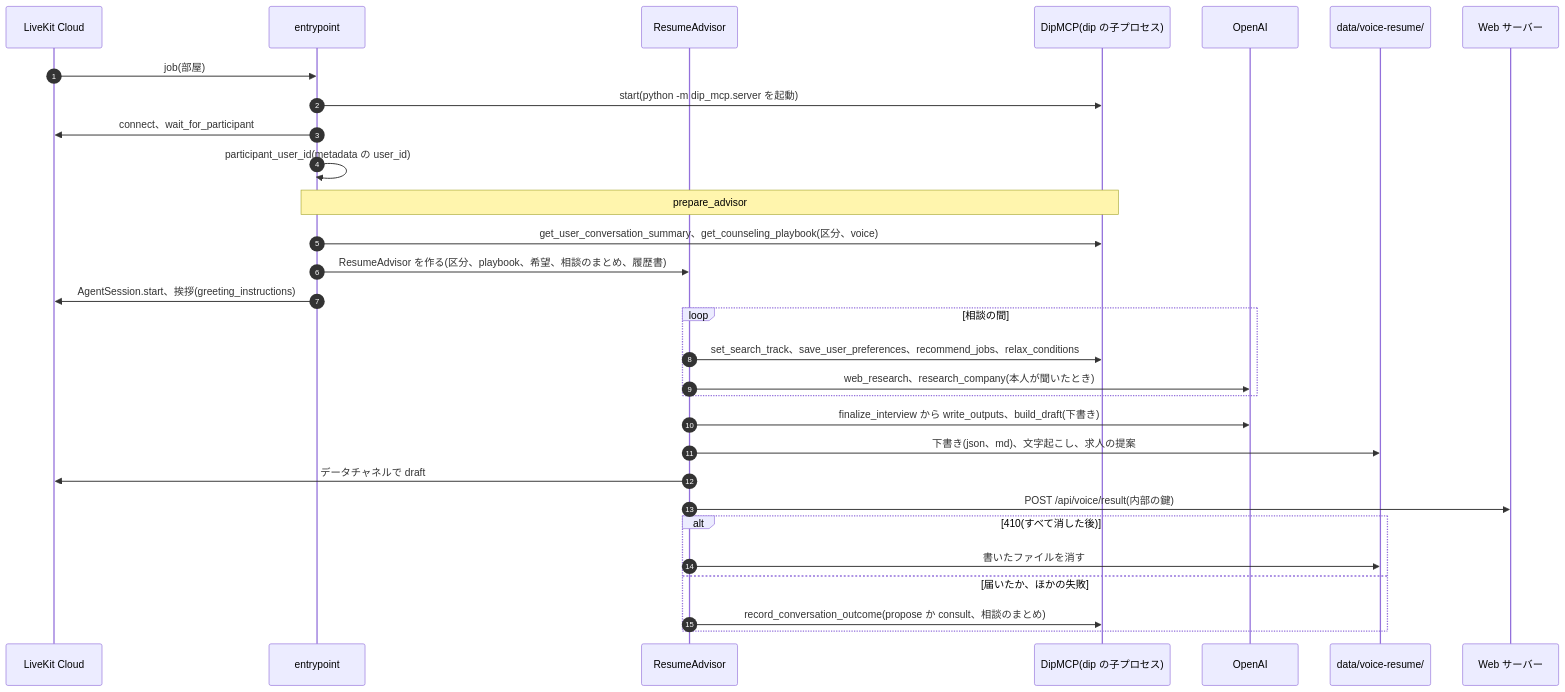
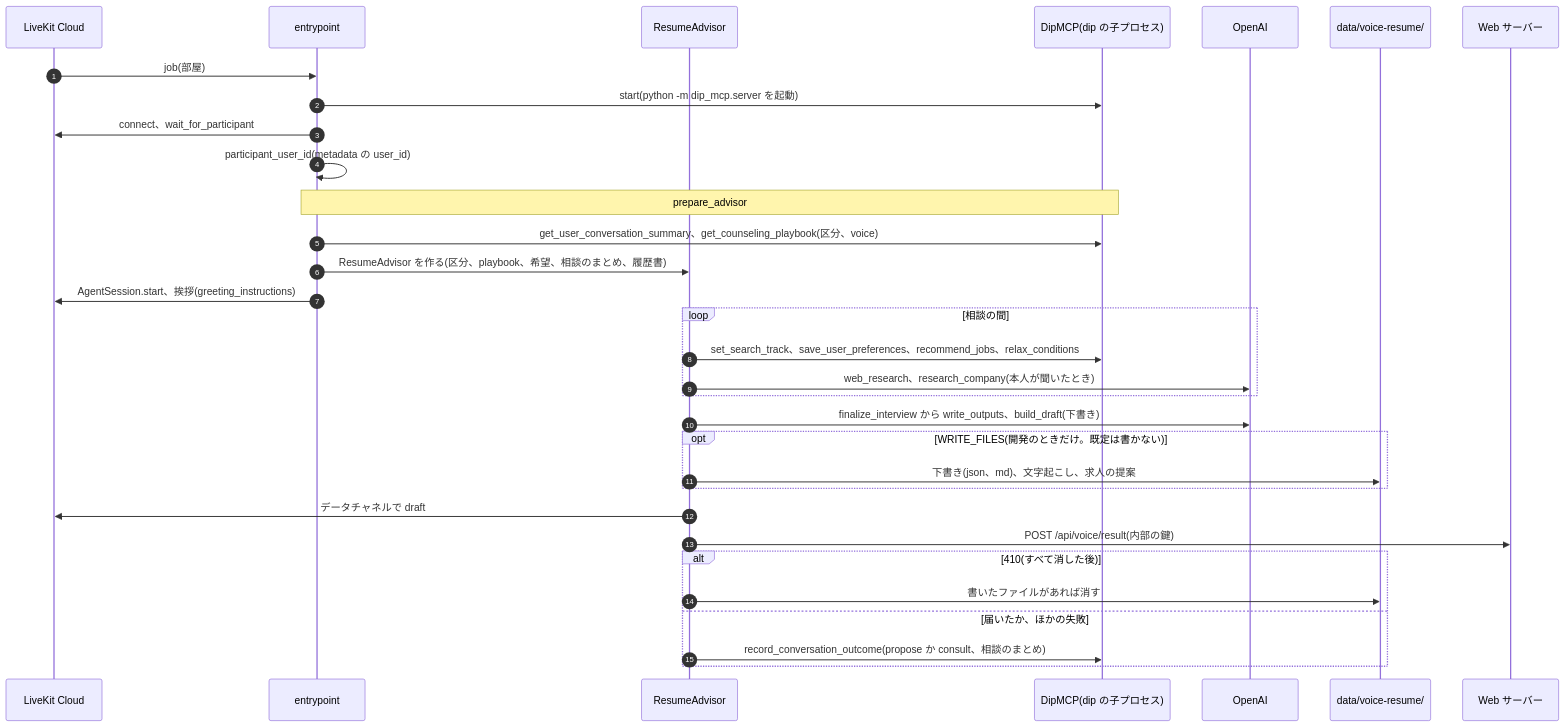
One commit to jyoka/aica changed the seventh of 11 diagrams in docs/architecture/lld.md. Above: the diagram before and after it, drawn with Mermaid. The commit also changed other lines of this file and 9 other files, not shown here.

````diff
--- a/docs/architecture/lld.md
+++ b/docs/architecture/lld.md
@@ -641,33 +641,35 @@
 ```mermaid
 sequenceDiagram
     autonumber
     participant K as LiveKit Cloud
     participant E as entrypoint
     participant A as ResumeAdvisor
     participant D as DipMCP(dip の子プロセス)
     participant O as OpenAI
     participant F as data/voice-resume/
     participant S as Web サーバー
 
     K->>E: job(部屋)
     E->>D: start(python -m dip_mcp.server を起動)
     E->>K: connect、wait_for_participant
     E->>E: participant_user_id(metadata の user_id)
     Note over E,D: prepare_advisor
     E->>D: get_user_conversation_summary、get_counseling_playbook(区分、voice)
     E->>A: ResumeAdvisor を作る(区分、playbook、希望、相談のまとめ、履歴書)
     E->>K: AgentSession.start、挨拶(greeting_instructions)
     loop 相談の間
         A->>D: set_search_track、save_user_preferences、recommend_jobs、relax_conditions
         A->>O: web_research、research_company(本人が聞いたとき)
     end
     A->>O: finalize_interview から write_outputs、build_draft(下書き)
-    A->>F: 下書き(json、md)、文字起こし、求人の提案
+    opt WRITE_FILES(開発のときだけ。既定は書かない)
+        A->>F: 下書き(json、md)、文字起こし、求人の提案
+    end
     A->>K: データチャネルで draft
     A->>S: POST /api/voice/result(内部の鍵)
     alt 410(すべて消した後)
-        A->>F: 書いたファイルを消す
+        A->>F: 書いたファイルがあれば消す
     else 届いたか、ほかの失敗
         A->>D: record_conversation_outcome(propose か consult、相談のまとめ)
     end
 ```
````
